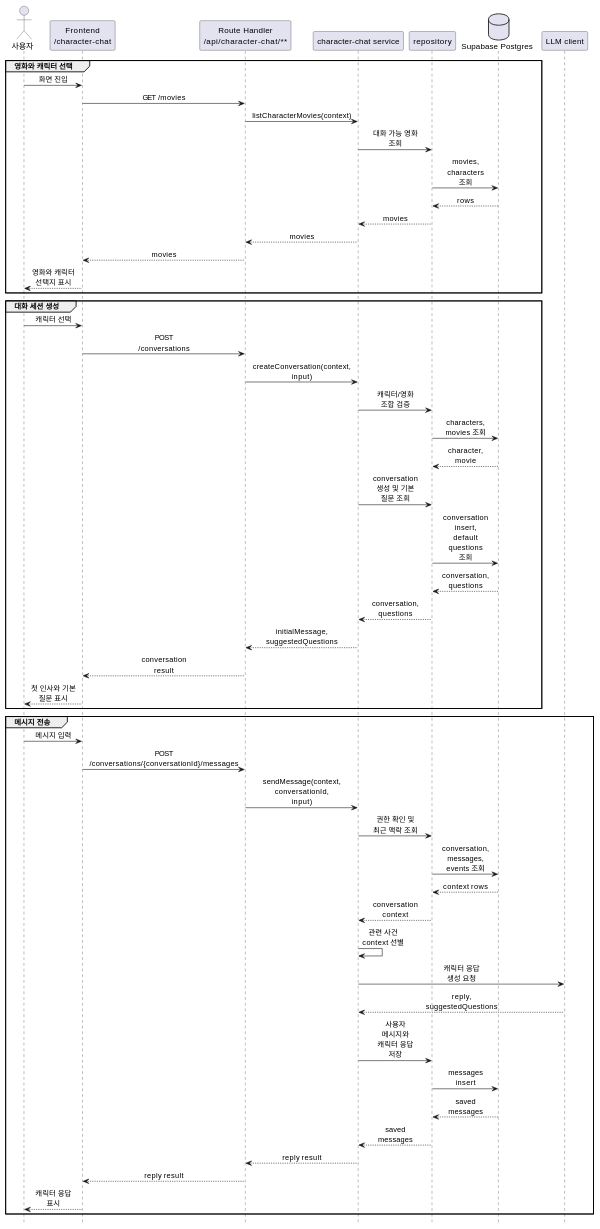
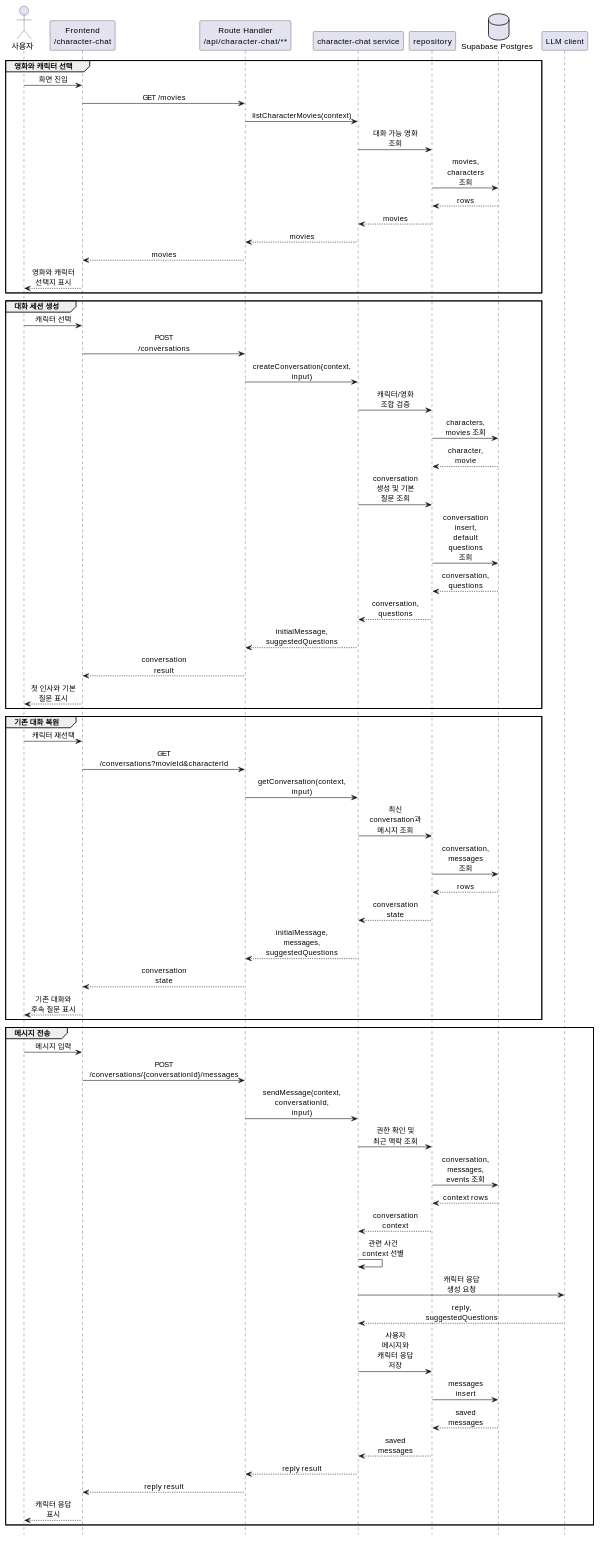
Before and after one commit to skkuse/2026spring_41class_team2: the diagram in docs/implementation-plan/8.character-chat-implementation-plan.md, drawn with PlantUML. The commit also changed other lines of this file and 2 other files, not shown here.

Commit message:
docs: 캐릭터 대화 복원 흐름 문서화
- 대화 복원 API와 응답 필드 설명 추가

- 후속 질문 저장 정책을 API, DB, 구현 계획에 반영

````diff
--- a/docs/implementation-plan/8.character-chat-implementation-plan.md
+++ b/docs/implementation-plan/8.character-chat-implementation-plan.md
@@ -45,64 +46,77 @@
 ```plantuml
 @startuml
 hide footbox
 skinparam sequenceMessageAlign center
 skinparam maxMessageSize 80
 
 actor "사용자" as User
 participant "Frontend\n/character-chat" as FE
 participant "Route Handler\n/api/character-chat/**" as Route
 participant "character-chat service" as Service
 participant "repository" as Repo
 database "Supabase Postgres" as DB
 participant "LLM client" as LLM
 
 group 영화와 캐릭터 선택
   User -> FE: 화면 진입
   FE -> Route: GET /movies
   Route -> Service: listCharacterMovies(context)
   Service -> Repo: 대화 가능 영화 조회
   Repo -> DB: movies, characters 조회
   DB --> Repo: rows
   Repo --> Service: movies
   Service --> Route: movies
   Route --> FE: movies
   FE --> User: 영화와 캐릭터 선택지 표시
 end
 
 group 대화 세션 생성
   User -> FE: 캐릭터 선택
   FE -> Route: POST /conversations
   Route -> Service: createConversation(context, input)
   Service -> Repo: 캐릭터/영화 조합 검증
   Repo -> DB: characters, movies 조회
   DB --> Repo: character, movie
   Service -> Repo: conversation 생성 및 기본 질문 조회
   Repo -> DB: conversation insert, default questions 조회
   DB --> Repo: conversation, questions
   Repo --> Service: conversation, questions
   Service --> Route: initialMessage, suggestedQuestions
   Route --> FE: conversation result
   FE --> User: 첫 인사와 기본 질문 표시
 end
 
+group 기존 대화 복원
+  User -> FE: 캐릭터 재선택
+  FE -> Route: GET /conversations?movieId&characterId
+  Route -> Service: getConversation(context, input)
+  Service -> Repo: 최신 conversation과 메시지 조회
+  Repo -> DB: conversation, messages 조회
+  DB --> Repo: rows
+  Repo --> Service: conversation state
+  Service --> Route: initialMessage, messages, suggestedQuestions
+  Route --> FE: conversation state
+  FE --> User: 기존 대화와 후속 질문 표시
+end
+
 group 메시지 전송
   User -> FE: 메시지 입력
   FE -> Route: POST /conversations/{conversationId}/messages
   Route -> Service: sendMessage(context, conversationId, input)
   Service -> Repo: 권한 확인 및 최근 맥락 조회
   Repo -> DB: conversation, messages, events 조회
   DB --> Repo: context rows
   Repo --> Service: conversation context
   Service -> Service: 관련 사건 context 선별
   Service -> LLM: 캐릭터 응답 생성 요청
   LLM --> Service: reply, suggestedQuestions
   Service -> Repo: 사용자 메시지와 캐릭터 응답 저장
   Repo -> DB: messages insert
   DB --> Repo: saved messages
   Repo --> Service: saved messages
   Service --> Route: reply result
   Route --> FE: reply result
   FE --> User: 캐릭터 응답 표시
 end
 @enduml
 ```
````
